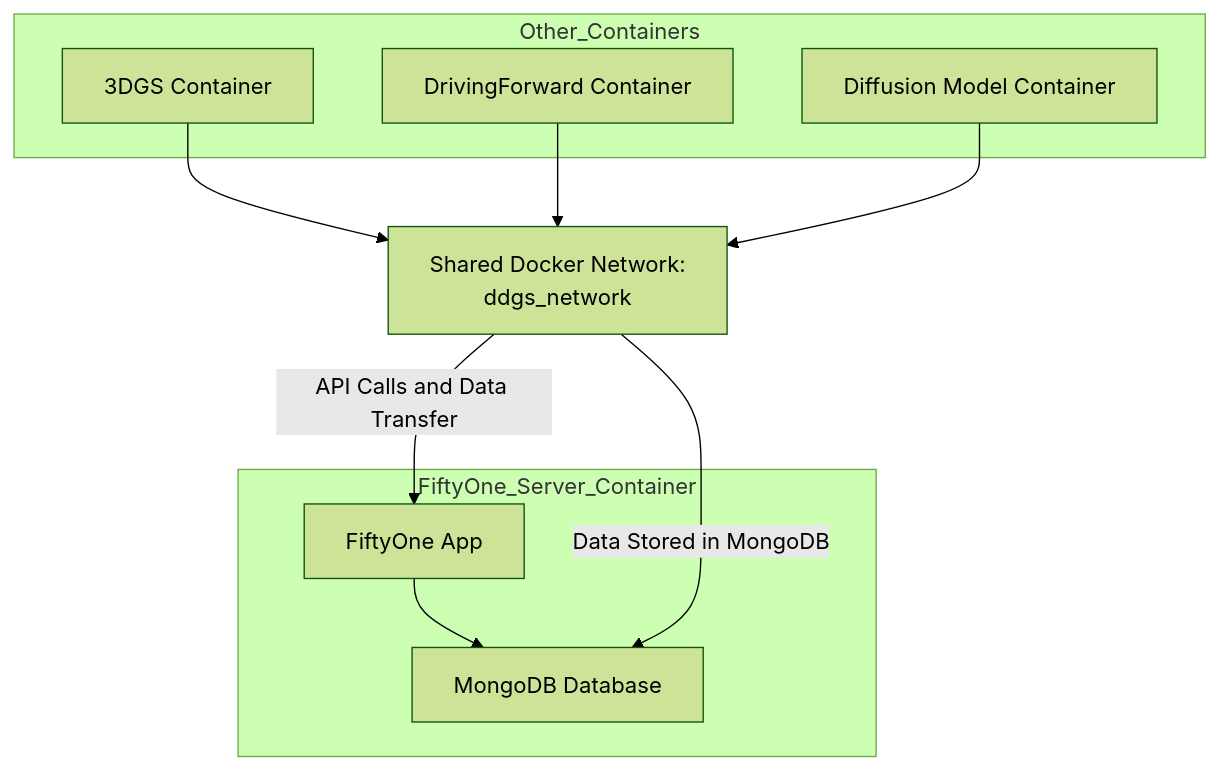
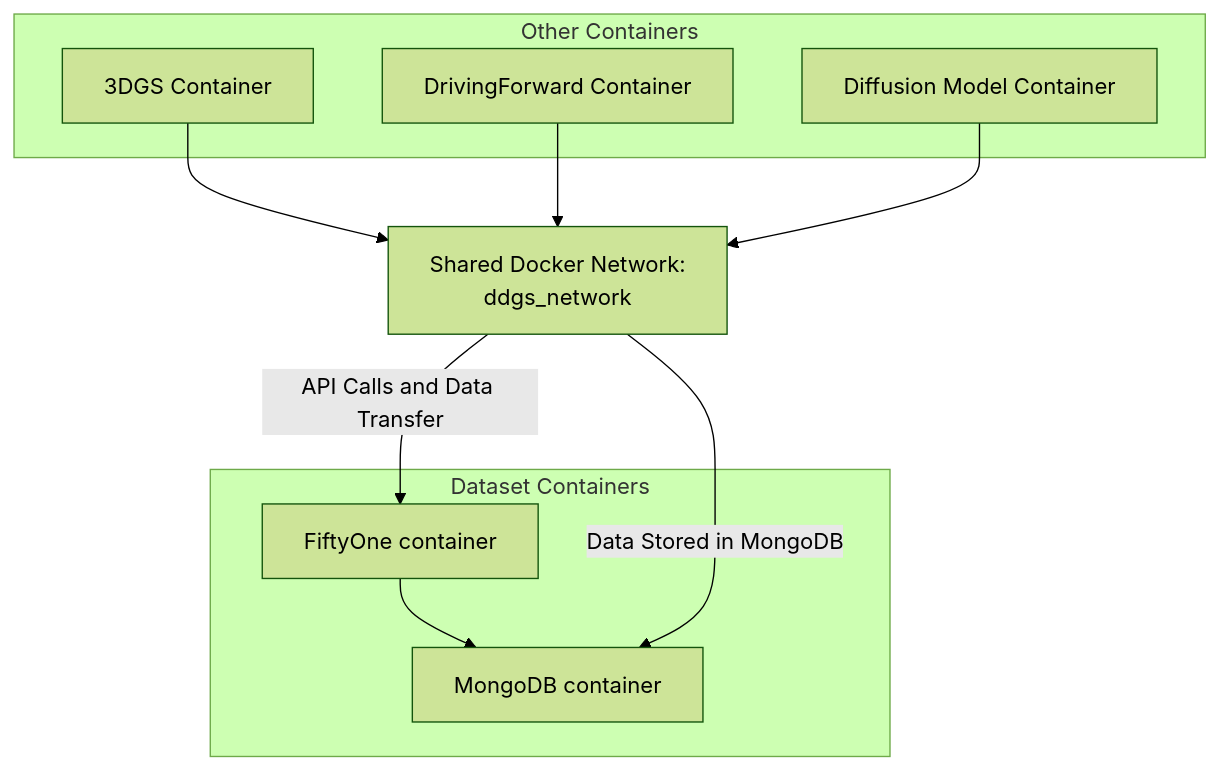
Before and after one commit to mrgares/vx51_nuscenes_dataset: the diagram in README.md, drawn with Mermaid (forest theme).

Commit message:
Refactor README to clarify dataset container architecture

````diff
--- a/README.md
+++ b/README.md
@@ -5,34 +5,33 @@
 ```mermaid
 graph TD
-    %% FiftyOne server setup
-    subgraph FiftyOne_Server_Container
-        A1[FiftyOne App]
-        A2[MongoDB Database]
+    subgraph Dataset Containers
+        A1[FiftyOne container]
+        A2[MongoDB container]
         A1 --> A2
     end
 
-    %% Other containers
-    subgraph Other_Containers
+    
+    subgraph Other Containers
         B1[3DGS Container]
         B2[DrivingForward Container]
         B3[Diffusion Model Container]
     end
 
     %% Shared Docker network
     C[Shared Docker Network: 
     ddgs_network]
     
 
     %% Communication between containers via shared network
     B1 -->  C
     B2 -->  C
     B3 -->  C
 
     %% Interaction with FiftyOne app and MongoDB through the network
     C --> |API Calls and Data Transfer| A1
     C --> |Data Stored in MongoDB| A2
 
 
 
 
 ```
````
